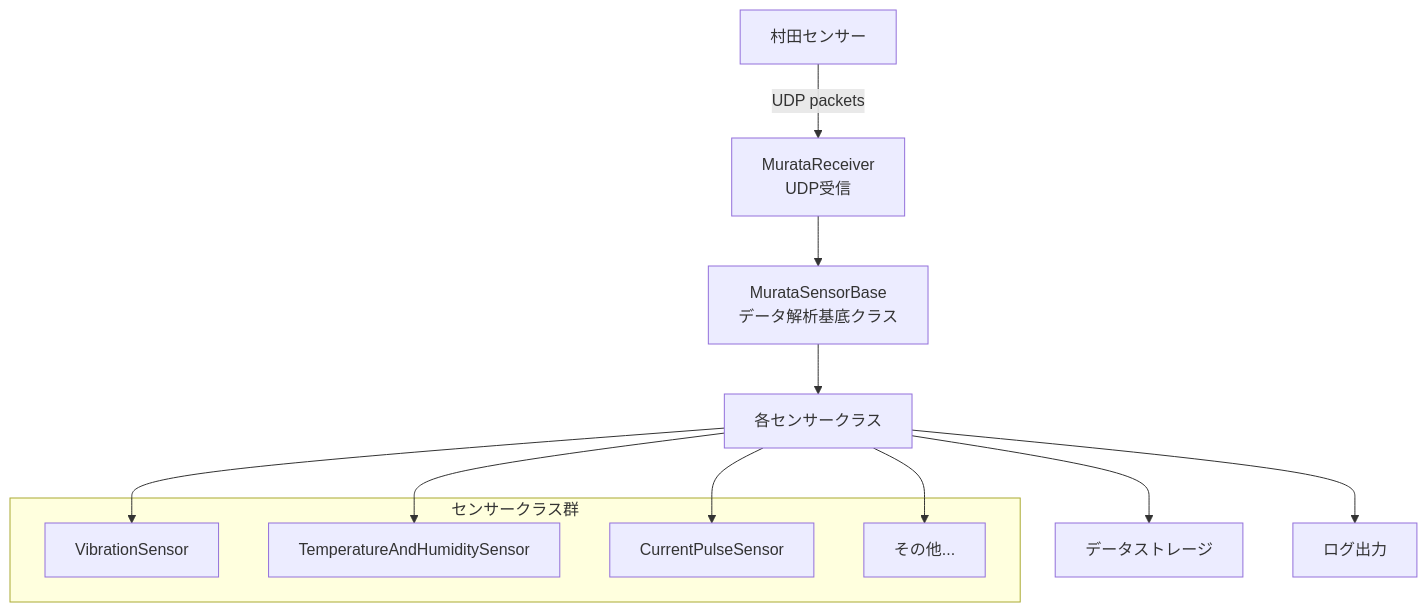
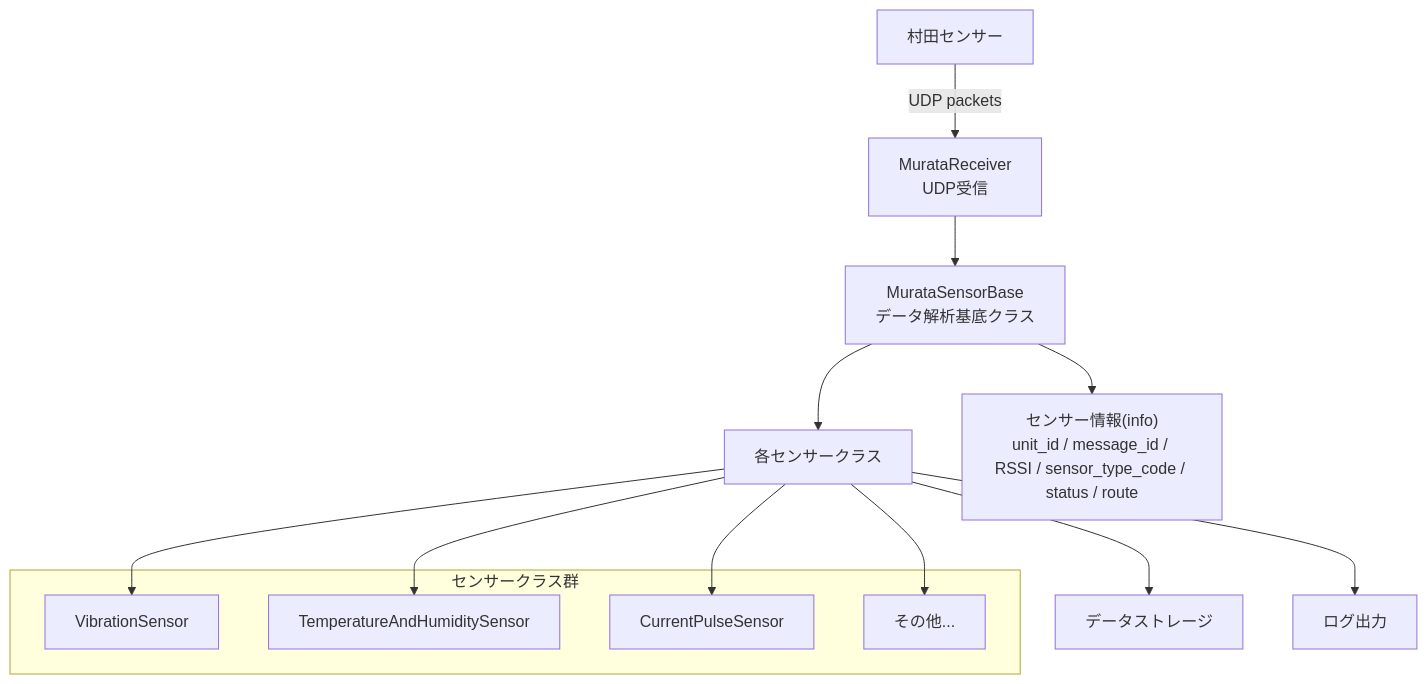
The diagram in docs/architecture.md (wazyc/murata-sensor-receiver), drawn with Mermaid before and after one commit. The commit also changed other lines of this file and 9 other files, not shown here.

Commit message:
Release version 0.1.0 with new features including sensor type code in parsing results, updated documentation, and various improvements. Added examples for UDP reception and text parsing in README, and updated architecture and API specifications accordingly.

````diff
--- a/docs/architecture.md
+++ b/docs/architecture.md
@@ -23,20 +23,21 @@
 ```mermaid
 graph TB
-    A[村田センサー] -->|UDP packets| B[MurataReceiver<br/>UDP受信]
-    B --> C[MurataSensorBase<br/>データ解析基底クラス]
-    C --> D[各センサークラス]
-    D --> E[データストレージ]
-    D --> F[ログ出力]
+    sensorNode[村田センサー] -->|"UDP packets"| murataReceiver[MurataReceiver<br/>UDP受信]
+    murataReceiver --> sensorBase[MurataSensorBase<br/>データ解析基底クラス]
+    sensorBase --> sensorClasses[各センサークラス]
+    sensorBase --> sensorMeta["センサー情報(info)<br/>unit_id / message_id / RSSI / sensor_type_code / status / route"]
+    sensorClasses --> dataStore[データストレージ]
+    sensorClasses --> loggingNode[ログ出力]
     
-    subgraph "センサークラス群"
-        G[VibrationSensor]
-        H[TemperatureAndHumiditySensor]
-        I[CurrentPulseSensor]
-        J[その他...]
+    subgraph sensorClassGroup["センサークラス群"]
+        clsVib[VibrationSensor]
+        clsTemp[TemperatureAndHumiditySensor]
+        clsCurr[CurrentPulseSensor]
+        clsOthers[その他...]
     end
     
-    D --> G
-    D --> H
-    D --> I
-    D --> J
+    sensorClasses --> clsVib
+    sensorClasses --> clsTemp
+    sensorClasses --> clsCurr
+    sensorClasses --> clsOthers
 ```
````
